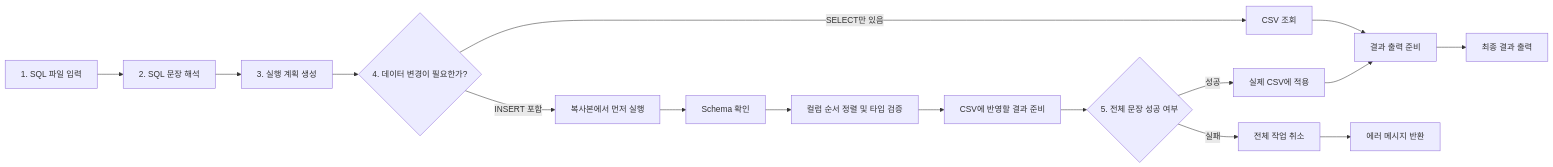
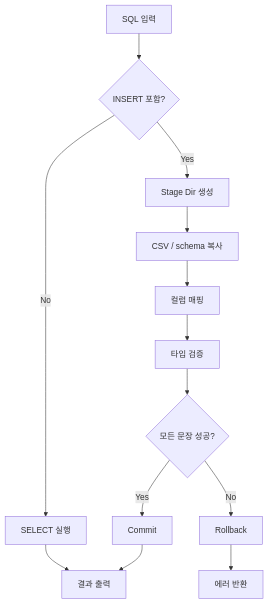
The second of 2 diagrams in README.md (NearthYou/SQL_WednsdayCodingClub), drawn with Mermaid before and after one commit. The commit also changed other lines of this file, not shown here.

````diff
--- a/README.md
+++ b/README.md
@@ -35,23 +33,15 @@
 ```mermaid
-flowchart LR
-    A[1. SQL 파일 입력] --> B[2. SQL 문장 해석]
-    B --> C[3. 실행 계획 생성]
-    C --> D{4. 데이터 변경이 필요한가?}
-
-    D -- SELECT만 있음 --> E[CSV 조회]
-    D -- INSERT 포함 --> F[복사본에서 먼저 실행]
-
-    F --> G[Schema 확인]
-    G --> H[컬럼 순서 정렬 및 타입 검증]
-    H --> I[CSV에 반영할 결과 준비]
-
-    E --> J[결과 출력 준비]
-    I --> K{5. 전체 문장 성공 여부}
-
-    K -- 성공 --> L[실제 CSV에 적용]
-    K -- 실패 --> M[전체 작업 취소]
-
-    L --> J
-    M --> N[에러 메시지 반환]
-    J --> O[최종 결과 출력]
+flowchart TD
+    A[SQL 입력] --> B{INSERT 포함?}
+    B -- No --> C[SELECT 실행]
+    B -- Yes --> D[Stage Dir 생성]
+    D --> E[CSV / schema 복사]
+    E --> F[컬럼 매핑]
+    F --> G[타입 검증]
+    G --> H{모든 문장 성공?}
+    H -- Yes --> I[Commit]
+    H -- No --> J[Rollback]
+    C --> K[결과 출력]
+    I --> K
+    J --> L[에러 반환]
 ```
````
